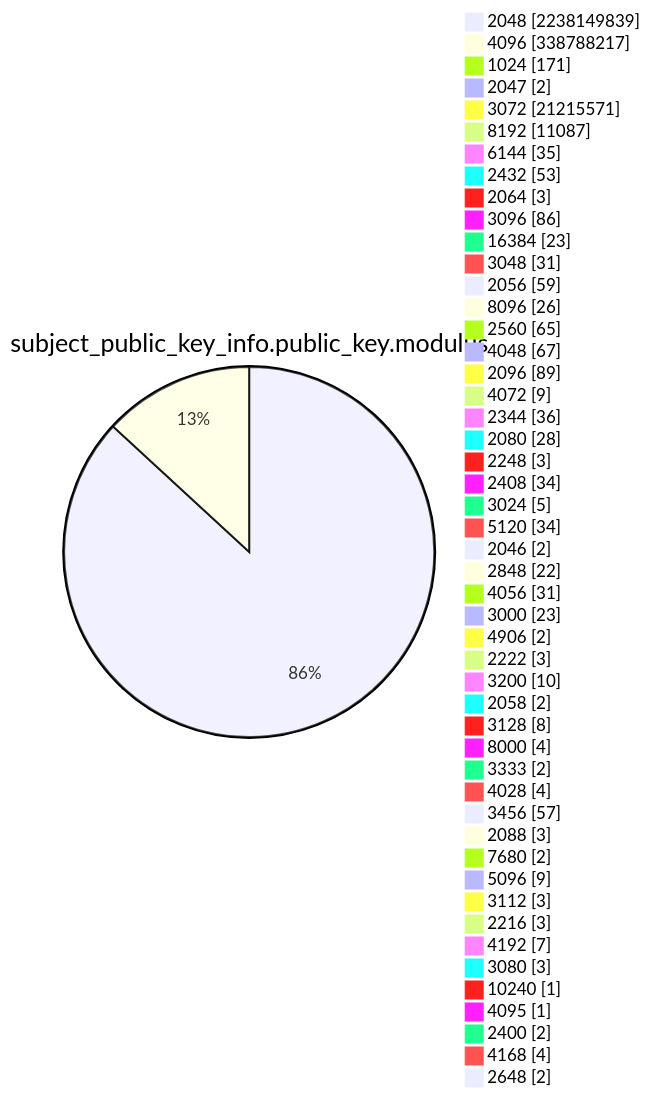
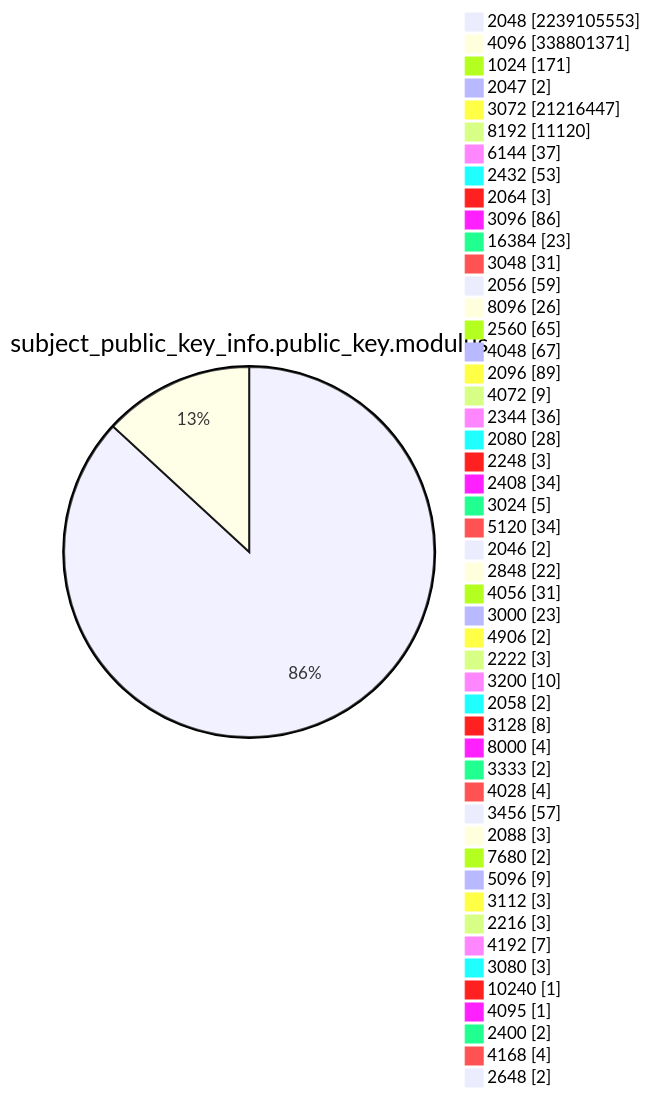
Diagram 13 of 15 in TOTAL/README.md (christiankrug/ctmonitor_visualization), drawn with Mermaid before and after one commit. The commit also changed other lines of this file, not shown here.

````diff
--- a/TOTAL/README.md
+++ b/TOTAL/README.md
@@ -4158,53 +4159,53 @@
 ```mermaid
 pie showData
 title subject_public_key_info.public_key.modulus
-"2048" :2238149839
-"4096" :338788217
+"2048" :2239105553
+"4096" :338801371
 "1024" :171
 "2047" :2
-"3072" :21215571
-"8192" :11087
-"6144" :35
+"3072" :21216447
+"8192" :11120
+"6144" :37
 "2432" :53
 "2064" :3
 "3096" :86
 "16384" :23
 "3048" :31
 "2056" :59
 "8096" :26
 "2560" :65
 "4048" :67
 "2096" :89
 "4072" :9
 "2344" :36
 "2080" :28
 "2248" :3
 "2408" :34
 "3024" :5
 "5120" :34
 "2046" :2
 "2848" :22
 "4056" :31
 "3000" :23
 "4906" :2
 "2222" :3
 "3200" :10
 "2058" :2
 "3128" :8
 "8000" :4
 "3333" :2
 "4028" :4
 "3456" :57
 "2088" :3
 "7680" :2
 "5096" :9
 "3112" :3
 "2216" :3
 "4192" :7
 "3080" :3
 "10240" :1
 "4095" :1
 "2400" :2
 "4168" :4
 "2648" :2
 ```
````
